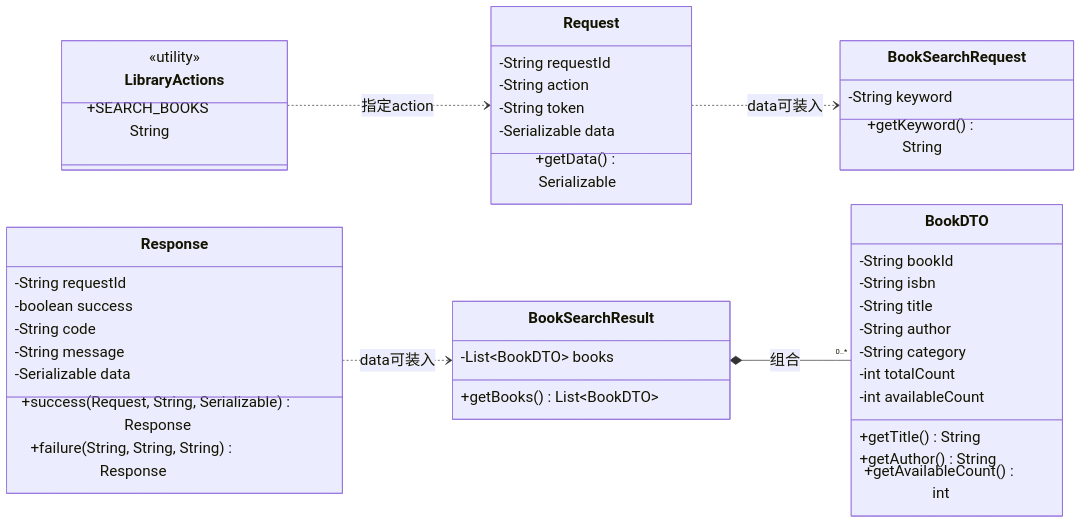
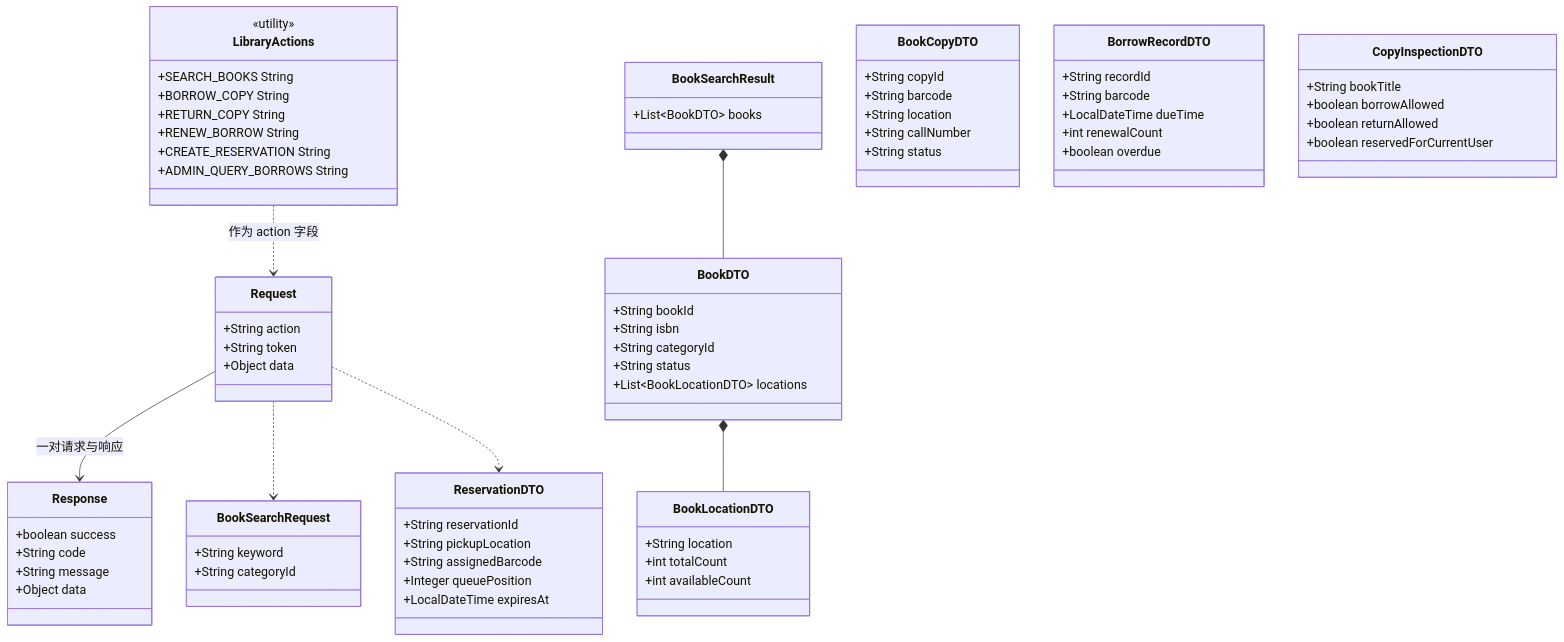
One commit to qlaxyy/JAVA-Campus-software changed the third of 7 diagrams in docs/modules/library-uml.md. Above: the diagram before and after it, drawn with Mermaid. The commit also changed other lines of this file and 4 other files, not shown here.

````diff
--- a/docs/modules/library-uml.md
+++ b/docs/modules/library-uml.md
@@ -133,56 +171,89 @@
 ```mermaid
-%%{init: {"themeVariables": {"fontSize": "22px"}}}%%
+%%{init: {"themeVariables": {"fontSize": "18px"}}}%%
 classDiagram
-direction LR
+direction TB
 
 class LibraryActions {
     <<utility>>
     +SEARCH_BOOKS String
+    +BORROW_COPY String
+    +RETURN_COPY String
+    +RENEW_BORROW String
+    +CREATE_RESERVATION String
+    +ADMIN_QUERY_BORROWS String
 }
 
 class BookSearchRequest {
-    -String keyword
-    +getKeyword() String
+    +String keyword
+    +String categoryId
 }
 
 class BookSearchResult {
-    -List~BookDTO~ books
-    +getBooks() List~BookDTO~
+    +List~BookDTO~ books
 }
 
 class BookDTO {
-    -String bookId
-    -String isbn
-    -String title
-    -String author
-    -String category
-    -int totalCount
-    -int availableCount
-    +getTitle() String
-    +getAuthor() String
-    +getAvailableCount() int
+    +String bookId
+    +String isbn
+    +String categoryId
+    +String status
+    +List~BookLocationDTO~ locations
+}
+
+class BookLocationDTO {
+    +String location
+    +int totalCount
+    +int availableCount
+}
+
+class BookCopyDTO {
+    +String copyId
+    +String barcode
+    +String location
+    +String callNumber
+    +String status
+}
+
+class BorrowRecordDTO {
+    +String recordId
+    +String barcode
+    +LocalDateTime dueTime
+    +int renewalCount
+    +boolean overdue
+}
+
+class ReservationDTO {
+    +String reservationId
+    +String pickupLocation
+    +String assignedBarcode
+    +Integer queuePosition
+    +LocalDateTime expiresAt
+}
+
+class CopyInspectionDTO {
+    +String bookTitle
+    +boolean borrowAllowed
+    +boolean returnAllowed
+    +boolean reservedForCurrentUser
 }
 
 class Request {
-    -String requestId
-    -String action
-    -String token
-    -Serializable data
-    +getData() Serializable
+    +String action
+    +String token
+    +Object data
 }
 
 class Response {
-    -String requestId
-    -boolean success
-    -String code
-    -String message
-    -Serializable data
-    +success(Request, String, Serializable) Response
-    +failure(String, String, String) Response
+    +boolean success
+    +String code
+    +String message
+    +Object data
 }
 
-Request ..> BookSearchRequest : data可装入
-Response ..> BookSearchResult : data可装入
-BookSearchResult *-- "0..*" BookDTO : 组合
-LibraryActions ..> Request : 指定action
+LibraryActions ..> Request : 作为 action 字段
+BookSearchResult *-- BookDTO
+BookDTO *-- BookLocationDTO
+Request --> Response : 一对请求与响应
+Request ..> BookSearchRequest
+Request ..> ReservationDTO
 ```
````
